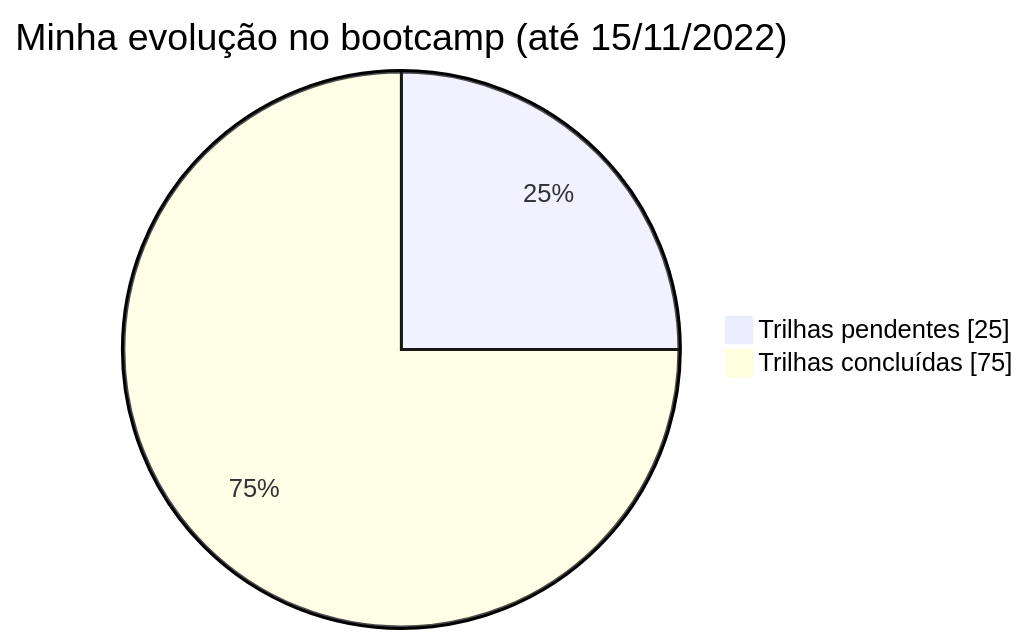
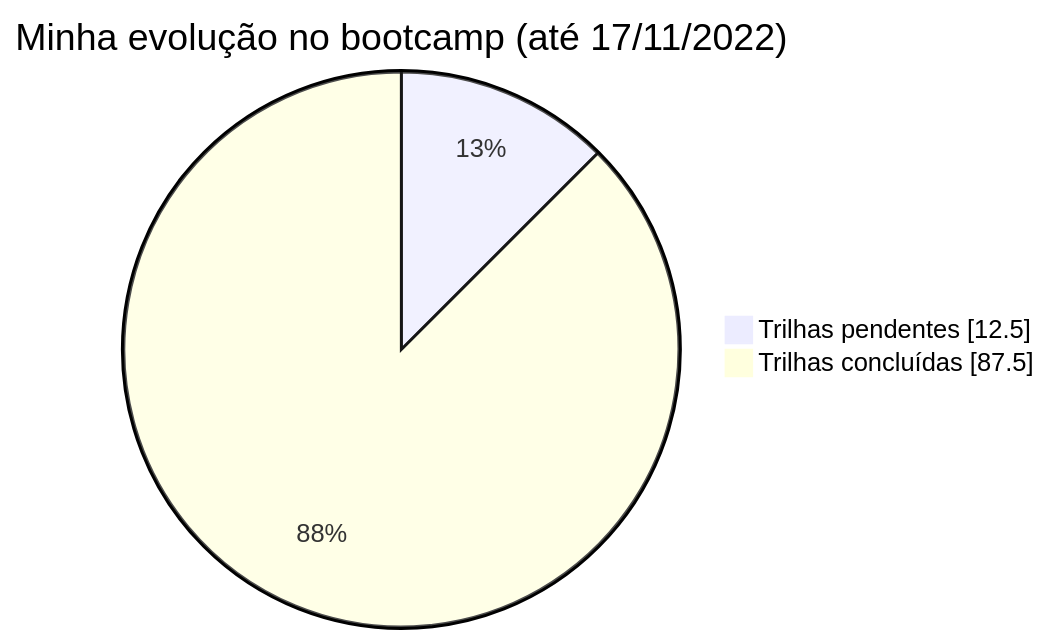
Before and after one commit to michelelozada/Bootcamp-DIO-Java-Beginners: the diagram in 1-Desafios-de-Projeto/desafio-projeto-1/README.md, drawn with Mermaid. The commit also changed other lines of this file and 1 other file, not shown here.

Commit message:
Informações atualizadas

````diff
--- a/1-Desafios-de-Projeto/desafio-projeto-1/README.md
+++ b/1-Desafios-de-Projeto/desafio-projeto-1/README.md
@@ -19,6 +19,6 @@
 ```mermaid
 pie showData
-  title Minha evolução no bootcamp (até 15/11/2022)
-	"Trilhas pendentes" : 25
-    "Trilhas concluídas" : 75
+  title Minha evolução no bootcamp (até 17/11/2022)
+	"Trilhas pendentes" : 12.5
+    "Trilhas concluídas" : 87.5
 ```
````
